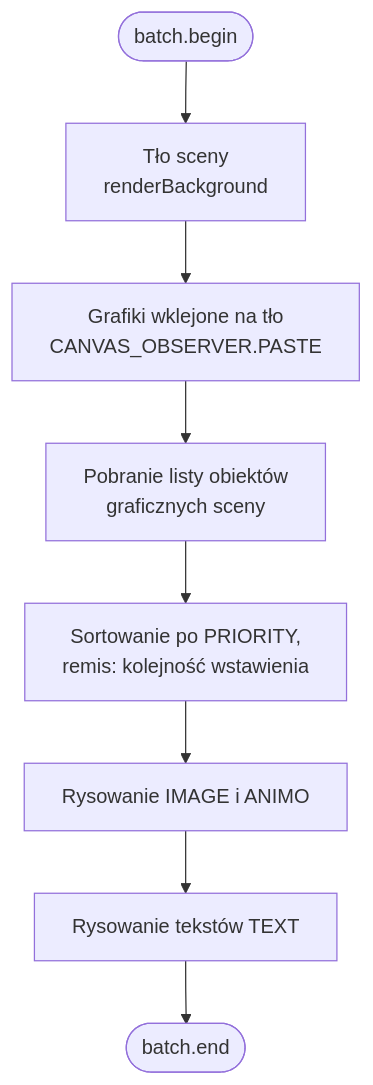
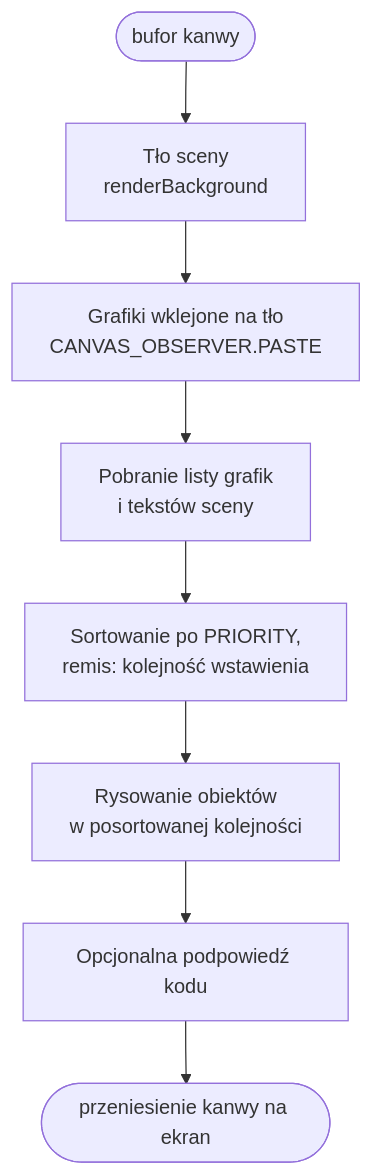
Before and after one commit to patryk025/Rex-EMoolator: the first of 3 diagrams in docs/pl/internals/rendering.md, drawn with Mermaid. The commit also changed other lines of this file and 83 other files, not shown here.

````diff
--- a/docs/pl/internals/rendering.md
+++ b/docs/pl/internals/rendering.md
@@ -12,10 +12,10 @@
 ```mermaid
 flowchart TD
-    A([batch.begin]) --> B[Tło sceny<br/>renderBackground]
+    A([bufor kanwy]) --> B[Tło sceny<br/>renderBackground]
     B --> C[Grafiki wklejone na tło<br/>CANVAS_OBSERVER.PASTE]
-    C --> D[Pobranie listy obiektów<br/>graficznych sceny]
+    C --> D[Pobranie listy grafik<br/>i tekstów sceny]
     D --> E[Sortowanie po PRIORITY,<br/>remis: kolejność wstawienia]
-    E --> F[Rysowanie IMAGE i ANIMO]
-    F --> G[Rysowanie tekstów TEXT]
-    G --> H([batch.end])
+    E --> F[Rysowanie obiektów<br/>w posortowanej kolejności]
+    F --> G[Opcjonalna podpowiedź kodu]
+    G --> H([przeniesienie kanwy na ekran])
 ```
````
